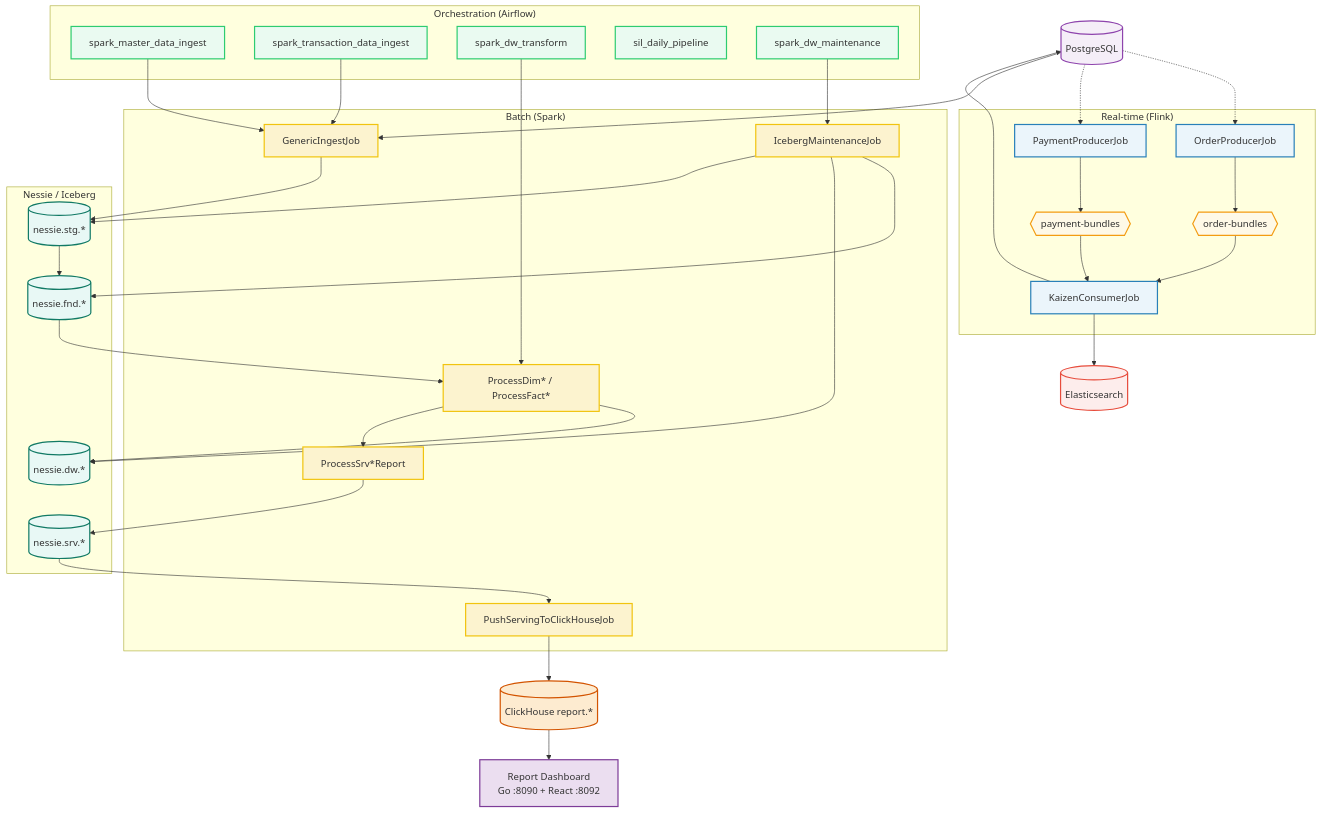
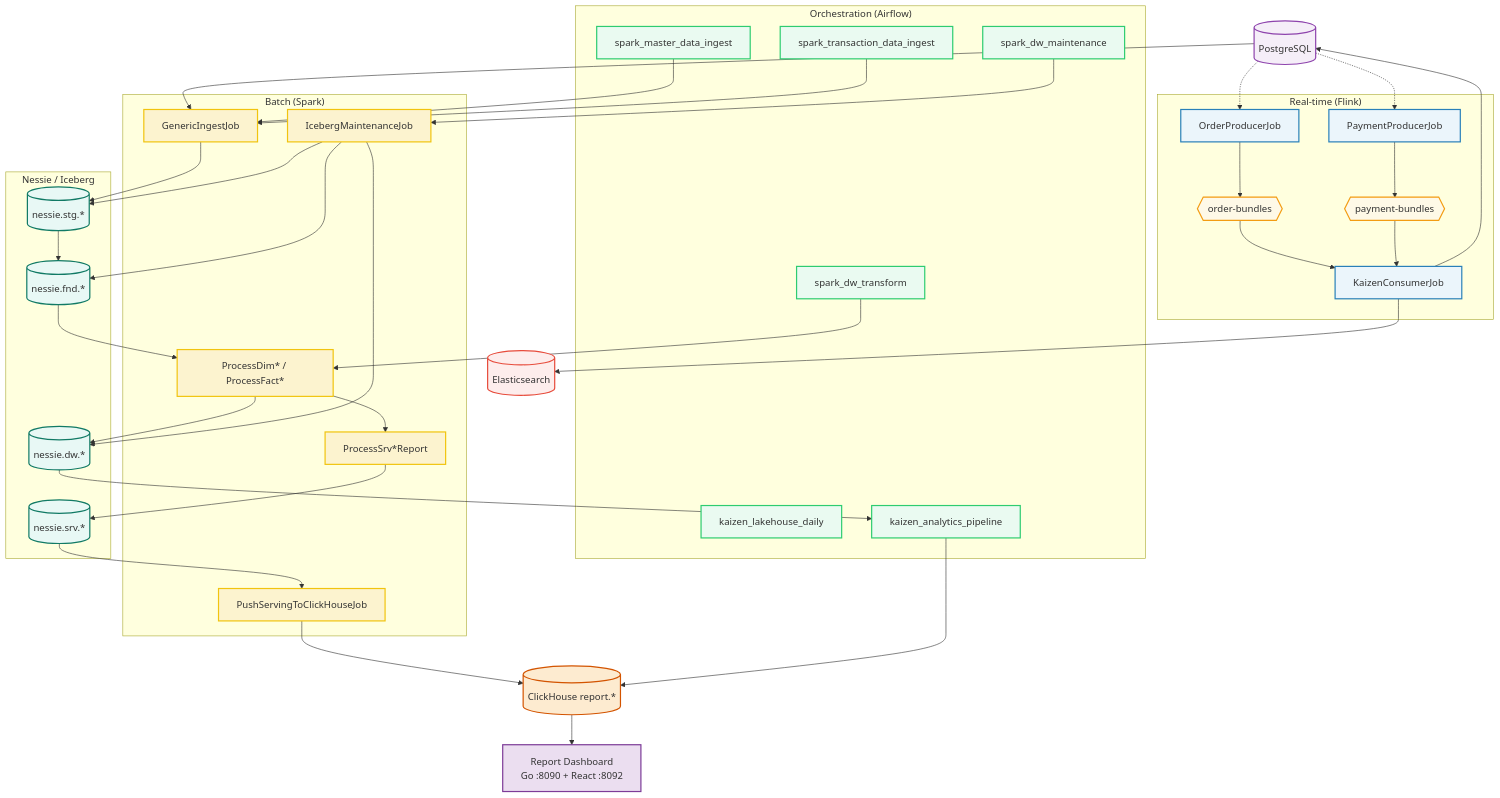
One commit to tuancaokaizen/kaizen_data_platform changed the diagram in README.md. Above: the diagram before and after it, drawn with Mermaid. The commit also changed other lines of this file, not shown here.

First line of the commit message:
docs(readme): document analytics DSS pipeline and report menu groups

````diff
--- a/README.md
+++ b/README.md
@@ -28,79 +28,82 @@
 ```mermaid
 flowchart TD
     classDef airflow fill:#eafaf1,stroke:#2ecc71,stroke-width:2px;
     classDef flink fill:#ebf5fb,stroke:#2980b9,stroke-width:2px;
     classDef kafka fill:#fef9e7,stroke:#f39c12,stroke-width:2px;
     classDef postgres fill:#f5eef8,stroke:#8e44ad,stroke-width:2px;
     classDef elastic fill:#fdedec,stroke:#e74c3c,stroke-width:2px;
     classDef spark fill:#fcf3cf,stroke:#f1c40f,stroke-width:2px;
     classDef nessie fill:#e8f8f5,stroke:#117a65,stroke-width:2px;
     classDef clickhouse fill:#fdebd0,stroke:#d35400,stroke-width:2px;
     classDef ui fill:#ebdef0,stroke:#7d3c98,stroke-width:2px;
 
     PG_RAW[("PostgreSQL")]
     class PG_RAW postgres;
 
     subgraph STREAM ["Real-time (Flink)"]
         OP["OrderProducerJob"]
         PP["PaymentProducerJob"]
         KC["KaizenConsumerJob"]
         T_ORDER{{"order-bundles"}}
         T_PAY{{"payment-bundles"}}
     end
     class OP,PP,KC flink;
     class T_ORDER,T_PAY kafka;
 
     subgraph ORCH ["Orchestration (Airflow)"]
         DAG_M["spark_master_data_ingest"]
         DAG_I["spark_transaction_data_ingest"]
         DAG_T["spark_dw_transform"]
-        DAG_SIL["sil_daily_pipeline"]
+        DAG_SIL["kaizen_lakehouse_daily"]
         DAG_MA["spark_dw_maintenance"]
+        DAG_AN["kaizen_analytics_pipeline"]
     end
-    class DAG_M,DAG_I,DAG_T,DAG_SIL,DAG_MA airflow;
+    class DAG_M,DAG_I,DAG_T,DAG_SIL,DAG_MA,DAG_AN airflow;
 
     subgraph BATCH ["Batch (Spark)"]
         INGEST["GenericIngestJob"]
         TRANS["ProcessDim* / ProcessFact*"]
         SRV["ProcessSrv*Report"]
         PUSH["PushServingToClickHouseJob"]
         MAINT["IcebergMaintenanceJob"]
     end
     class INGEST,TRANS,SRV,PUSH,MAINT spark;
 
     subgraph LAKE ["Nessie / Iceberg"]
         STG[("nessie.stg.*")]
         FND[("nessie.fnd.*")]
         DW[("nessie.dw.*")]
         SRV_TBL[("nessie.srv.*")]
     end
     class STG,FND,DW,SRV_TBL nessie;
 
     CH[("ClickHouse report.*")]
     class CH clickhouse;
 
     UI["Report Dashboard<br/>Go :8090 + React :8092"]
     class UI ui;
 
     ES[("Elasticsearch")]
     class ES elastic;
 
     PG_RAW -.-> OP & PP
     OP --> T_ORDER
     PP --> T_PAY
     T_ORDER & T_PAY --> KC
     KC --> PG_RAW
     KC --> ES
 
     DAG_M & DAG_I --> INGEST
     PG_RAW --> INGEST
     INGEST --> STG --> FND
     DAG_T --> TRANS
     FND --> TRANS --> DW
     TRANS --> SRV --> SRV_TBL
     SRV_TBL --> PUSH --> CH
     DAG_MA --> MAINT
     MAINT --> FND & DW & STG
+    DW --> DAG_AN
+    DAG_AN --> CH
 
     CH --> UI
 ```
````
